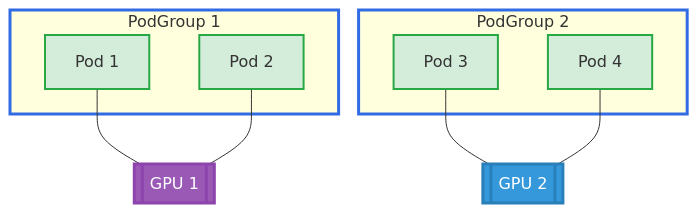
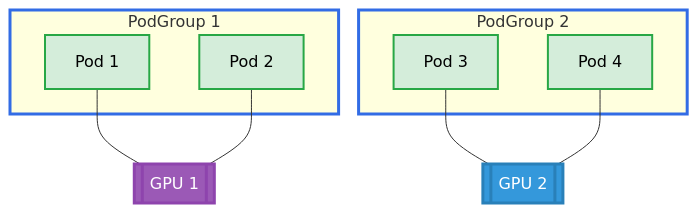
Before and after one commit to kubernetes-sigs/dra-example-driver: the diagram in demo/examples/podgroup-resourceclaimtemplate/README.md, drawn with Mermaid. The commit also changed 10 other files, not shown here.

````diff
--- a/demo/examples/podgroup-resourceclaimtemplate/README.md
+++ b/demo/examples/podgroup-resourceclaimtemplate/README.md
@@ -11,27 +11,27 @@
 ```mermaid
 graph TD
     subgraph PG1 [PodGroup 1]
         P1[Pod 1]
         P2[Pod 2]
     end
     subgraph PG2 [PodGroup 2]
         P3[Pod 3]
         P4[Pod 4]
     end
     G1[[GPU 1]]
     G2[[GPU 2]]
     
     P1 --- G1
     P2 --- G1
     P3 --- G2
     P4 --- G2
 
     style PG1 stroke:#326ce5,stroke-width:3px
     style PG2 stroke:#326ce5,stroke-width:3px
-    style P1 fill:#d4edda,stroke:#28a745,stroke-width:2px
-    style P2 fill:#d4edda,stroke:#28a745,stroke-width:2px
-    style P3 fill:#d4edda,stroke:#28a745,stroke-width:2px
-    style P4 fill:#d4edda,stroke:#28a745,stroke-width:2px
+    style P1 fill:#d4edda,color:#000,stroke:#28a745,stroke-width:2px
+    style P2 fill:#d4edda,color:#000,stroke:#28a745,stroke-width:2px
+    style P3 fill:#d4edda,color:#000,stroke:#28a745,stroke-width:2px
+    style P4 fill:#d4edda,color:#000,stroke:#28a745,stroke-width:2px
     style G1 fill:#9b59b6,color:#fff,stroke:#8e44ad,stroke-width:3px
     style G2 fill:#3498db,color:#fff,stroke:#2980b9,stroke-width:3px
 ```
````
